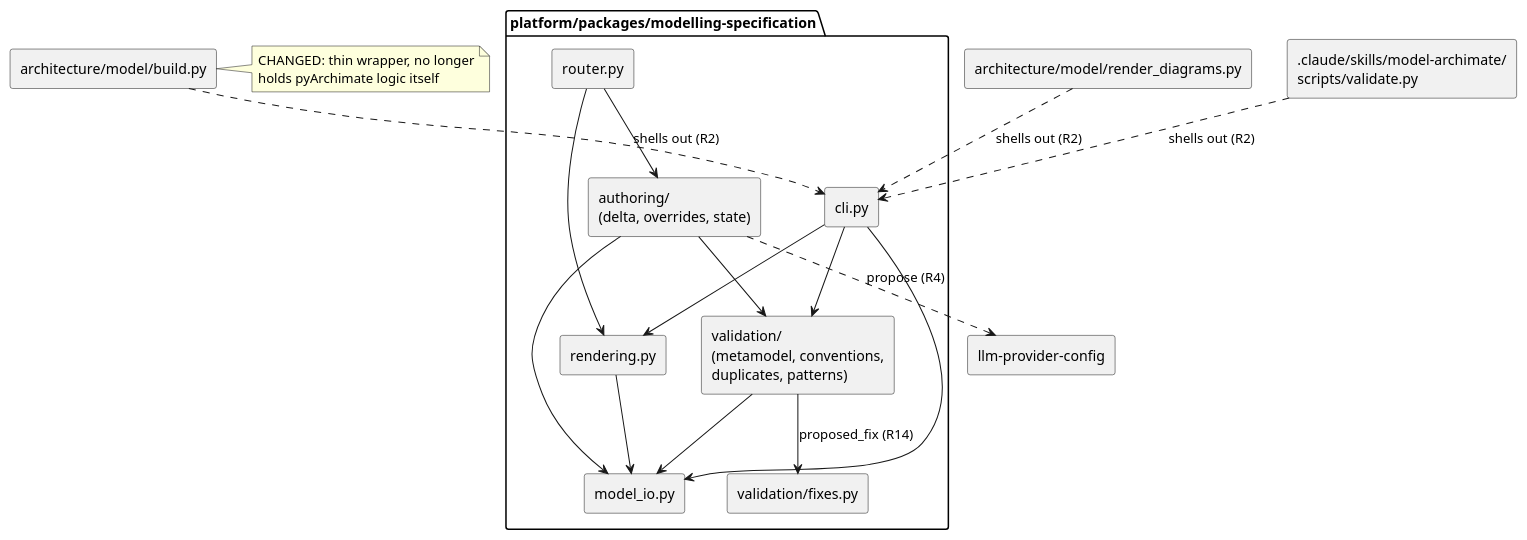
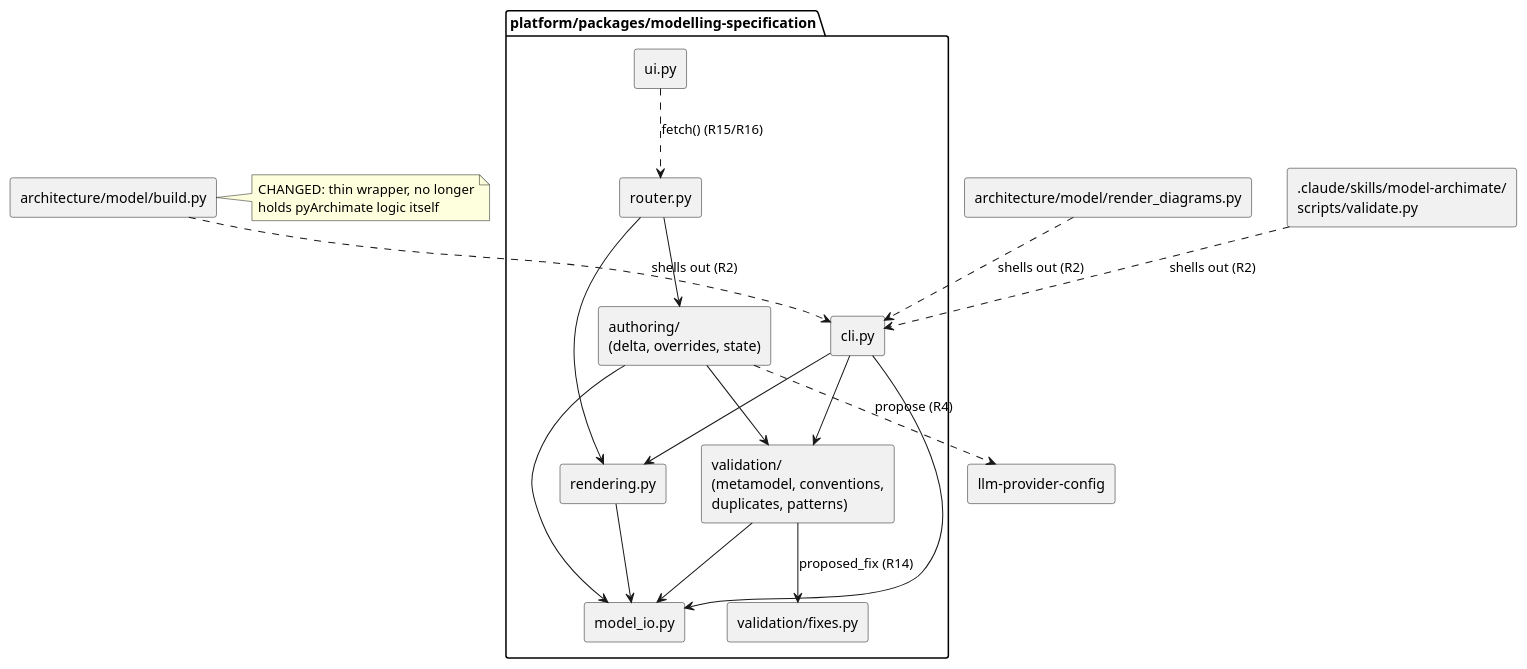
One commit to wolffy-au/frictionless-architect changed the diagram in specs/004-conversational-model-authoring/plan.md. Above: the diagram before and after it, drawn with PlantUML. The commit also changed other lines of this file and 4 other files, not shown here.

````diff
--- a/specs/004-conversational-model-authoring/plan.md
+++ b/specs/004-conversational-model-authoring/plan.md
@@ -151,39 +169,41 @@
 ```plantuml
 @startuml
 skinparam componentStyle rectangle
 package "platform/packages/modelling-specification" {
   [model_io.py] as ModelIO
   [validation/\n(metamodel, conventions,\nduplicates, patterns)] as Validation
   [validation/fixes.py] as Fixes
   [authoring/\n(delta, overrides, state)] as Authoring
   [rendering.py] as Rendering
   [router.py] as Router
+  [ui.py] as Ui
   [cli.py] as Cli
 }
 [architecture/model/build.py] as Build
 [architecture/model/render_diagrams.py] as RenderDiag
 [.claude/skills/model-archimate/\nscripts/validate.py] as SkillValidate
 [llm-provider-config] as LLMConfig
 
 Router --> Authoring
 Router --> Rendering
+Ui ..> Router : fetch() (R15/R16)
 Authoring --> ModelIO
 Authoring --> Validation
 Authoring ..> LLMConfig : propose (R4)
 Validation --> ModelIO
 Validation --> Fixes : proposed_fix (R14)
 Rendering --> ModelIO
 Cli --> ModelIO
 Cli --> Validation
 Cli --> Rendering
 
 Build ..> Cli : shells out (R2)
 RenderDiag ..> Cli : shells out (R2)
 SkillValidate ..> Cli : shells out (R2)
 
 note right of Build
   CHANGED: thin wrapper, no longer
   holds pyArchimate logic itself
 end note
 @enduml
 ```
````
